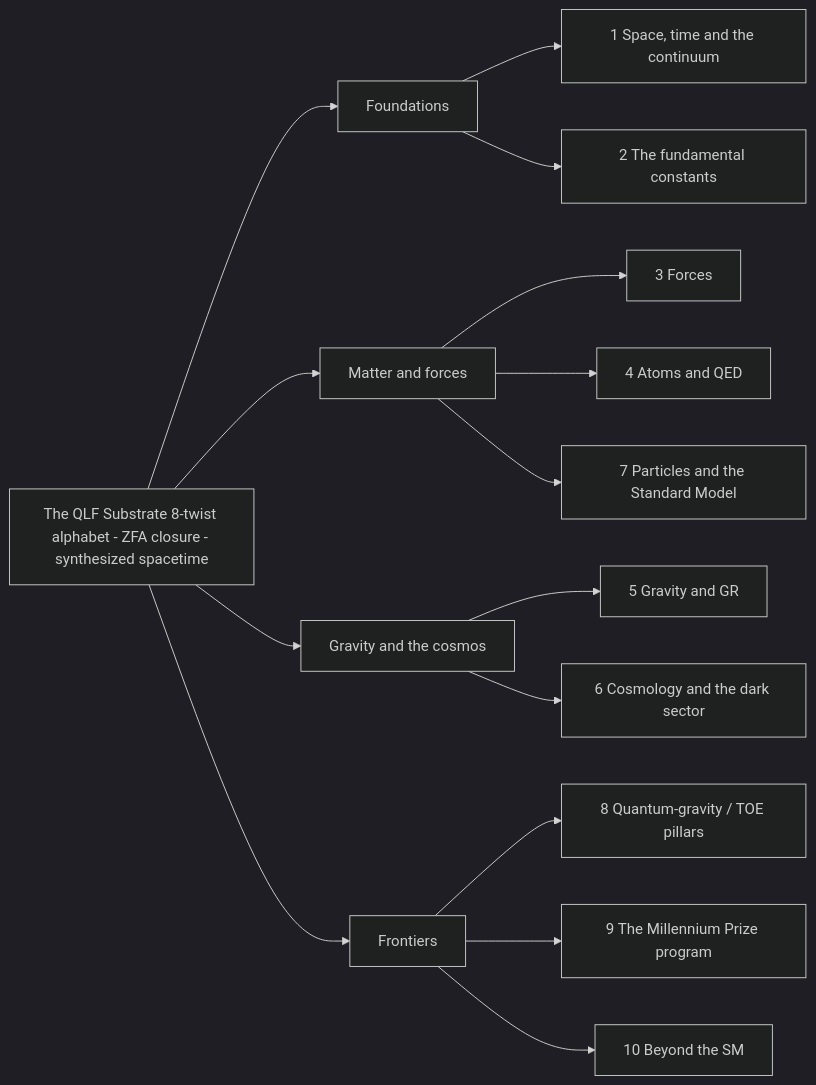
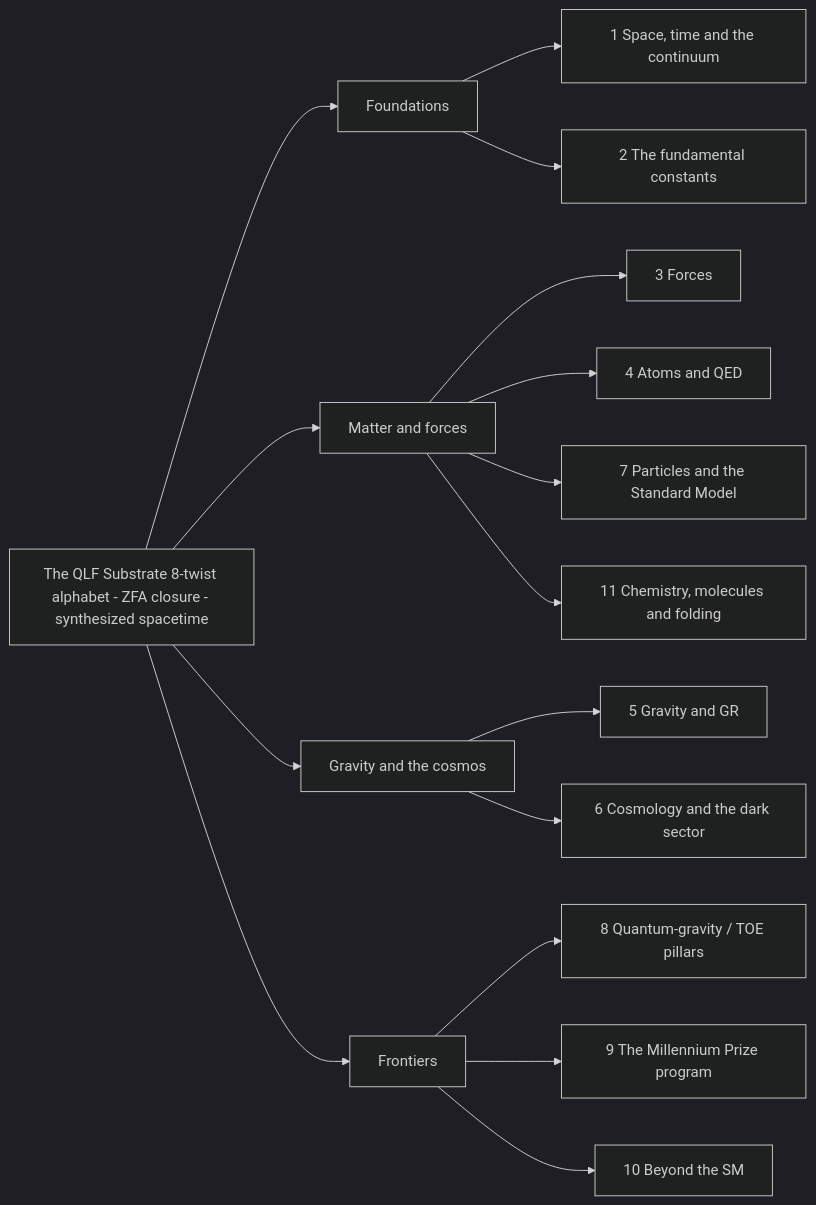
One commit to SiriRangsanTech/quantum-logical-framework changed the first of 12 diagrams in tools/flowchart_source.md. Above: the diagram before and after it, drawn with Mermaid (dark theme). The commit also changed other lines of this file and 6 other files, not shown here.

First line of the commit message:
FlowChart: an eleventh domain, chemistry to folding; README chemistry link

````diff
--- a/tools/flowchart_source.md
+++ b/tools/flowchart_source.md
@@ -13,18 +13,19 @@
 ```mermaid
 flowchart LR
   S["The QLF Substrate 8-twist alphabet - ZFA closure - synthesized spacetime"]
   S --> FND["Foundations"]
   S --> MAT["Matter and forces"]
   S --> GRV["Gravity and the cosmos"]
   S --> FRN["Frontiers"]
   FND --> D1["1 Space, time and the continuum"]
   FND --> D2["2 The fundamental constants"]
   MAT --> D3["3 Forces"]
   MAT --> D4["4 Atoms and QED"]
   MAT --> D7["7 Particles and the Standard Model"]
+  MAT --> D11["11 Chemistry, molecules and folding"]
   GRV --> D5["5 Gravity and GR"]
   GRV --> D6["6 Cosmology and the dark sector"]
   FRN --> D8["8 Quantum-gravity / TOE pillars"]
   FRN --> D9["9 The Millennium Prize program"]
   FRN --> D10["10 Beyond the SM"]
 ```
````
